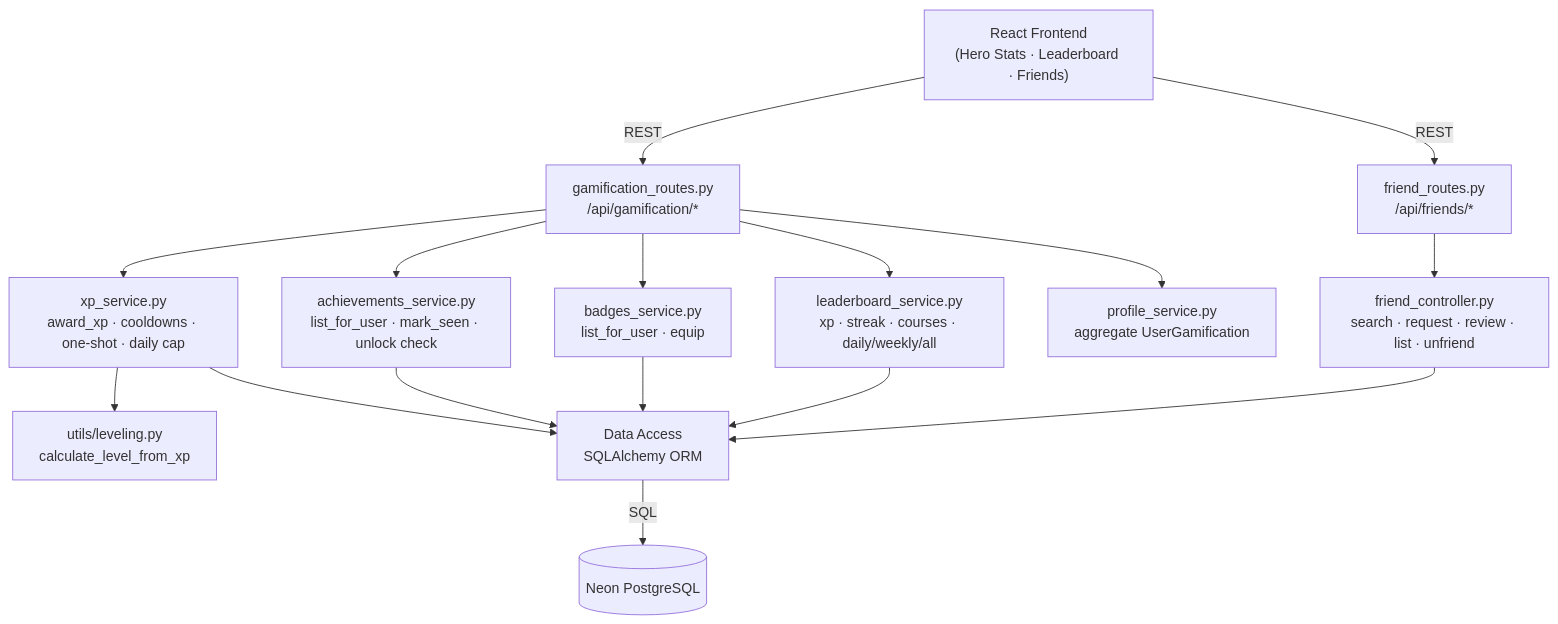
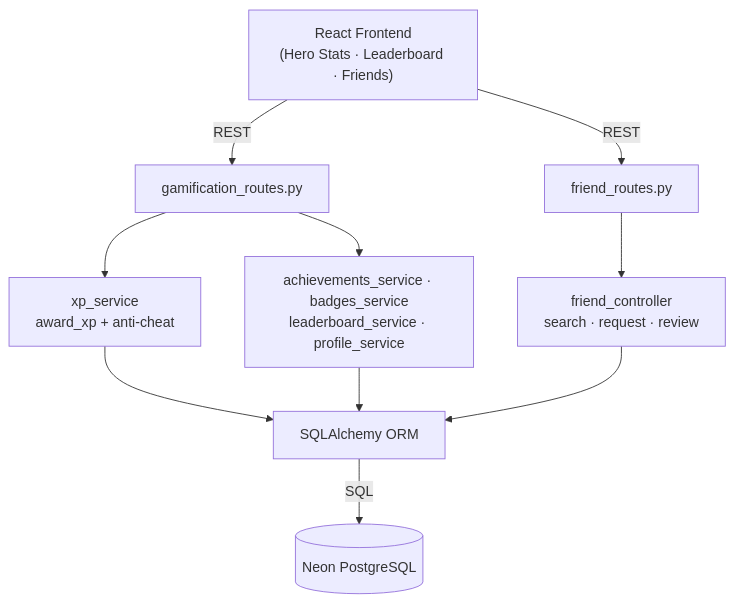
One commit to yazidha09/Hub4Learners changed the first of 4 diagrams in docs/sprints/SPRINT_4.md. Above: the diagram before and after it, drawn with Mermaid. The commit also changed other lines of this file and 14 other files, not shown here.

````diff
--- a/docs/sprints/SPRINT_4.md
+++ b/docs/sprints/SPRINT_4.md
@@ -52,18 +47,12 @@
 ```mermaid
 graph TD
-    A["React Frontend<br/>(Hero Stats · Leaderboard · Friends)"] -->|REST| B["gamification_routes.py<br/>/api/gamification/*"]
-    A -->|REST| C["friend_routes.py<br/>/api/friends/*"]
-    B --> D["xp_service.py<br/>award_xp · cooldowns · one-shot · daily cap"]
-    B --> E["achievements_service.py<br/>list_for_user · mark_seen · unlock check"]
-    B --> F["badges_service.py<br/>list_for_user · equip"]
-    B --> G["leaderboard_service.py<br/>xp · streak · courses · daily/weekly/all"]
-    B --> H["profile_service.py<br/>aggregate UserGamification"]
-    C --> I["friend_controller.py<br/>search · request · review · list · unfriend"]
-    D --> J["utils/leveling.py<br/>calculate_level_from_xp"]
-    D --> K["Data Access<br/>SQLAlchemy ORM"]
-    E --> K
-    F --> K
-    G --> K
-    I --> K
-    K -->|SQL| L[("Neon PostgreSQL")]
+    A["React Frontend<br/>(Hero Stats · Leaderboard · Friends)"] -->|REST| B["gamification_routes.py"]
+    A -->|REST| C["friend_routes.py"]
+    B --> D["xp_service<br/>award_xp + anti-cheat"]
+    B --> E["achievements_service · badges_service<br/>leaderboard_service · profile_service"]
+    C --> F["friend_controller<br/>search · request · review"]
+    D --> G["SQLAlchemy ORM"]
+    E --> G
+    F --> G
+    G -->|SQL| H[(Neon PostgreSQL)]
 ```
````
